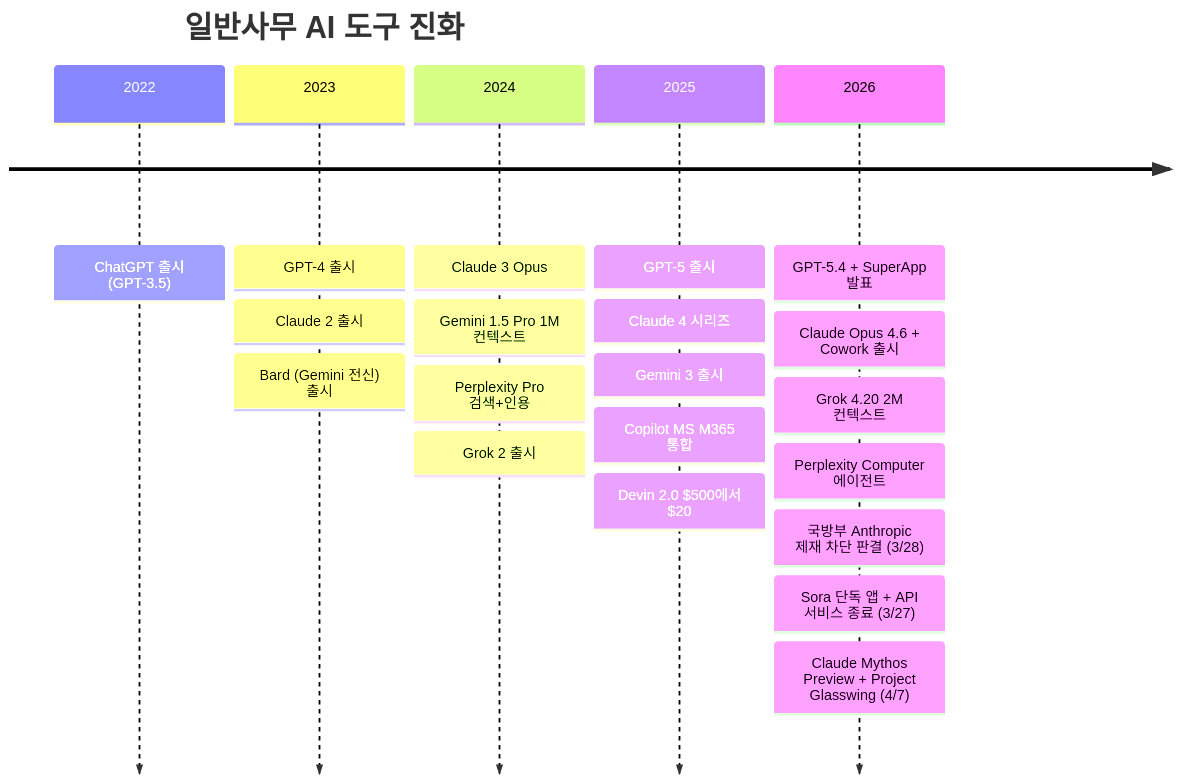
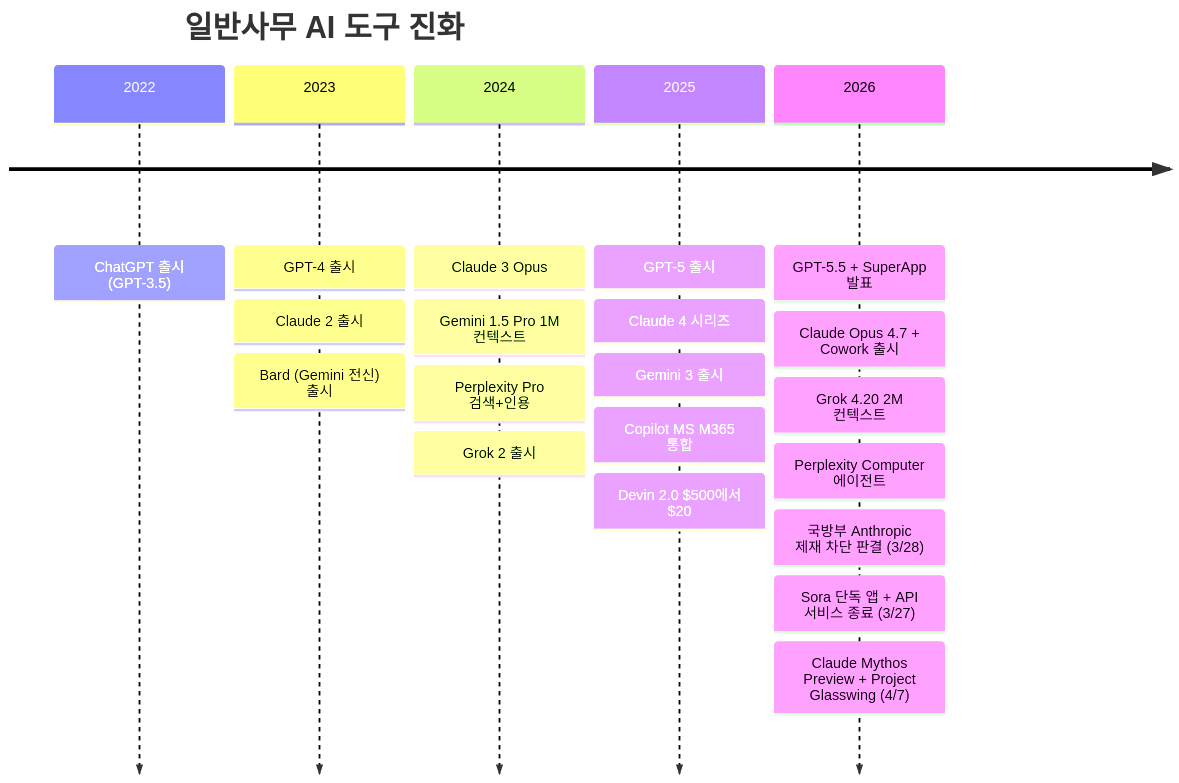
Before and after one commit to tykimos/ai-whatchelin: the tenth of 11 diagrams in README_ko.md, drawn with Mermaid. The commit also changed other lines of this file and 4 other files, not shown here.

````diff
--- a/README_ko.md
+++ b/README_ko.md
@@ -863,24 +927,24 @@
 ```mermaid
 timeline
     title 일반사무 AI 도구 진화
     2022 : ChatGPT 출시 (GPT-3.5)
     2023 : GPT-4 출시
          : Claude 2 출시
          : Bard (Gemini 전신) 출시
     2024 : Claude 3 Opus
          : Gemini 1.5 Pro 1M 컨텍스트
          : Perplexity Pro 검색+인용
          : Grok 2 출시
     2025 : GPT-5 출시
          : Claude 4 시리즈
          : Gemini 3 출시
          : Copilot MS M365 통합
          : Devin 2.0 $500에서 $20
-    2026 : GPT-5.4 + SuperApp 발표
-         : Claude Opus 4.6 + Cowork 출시
+    2026 : GPT-5.5 + SuperApp 발표
+         : Claude Opus 4.7 + Cowork 출시
          : Grok 4.20 2M 컨텍스트
          : Perplexity Computer 에이전트
          : 국방부 Anthropic 제재 차단 판결 (3/28)
          : Sora 단독 앱 + API 서비스 종료 (3/27)
          : Claude Mythos Preview + Project Glasswing (4/7)
 ```
````
